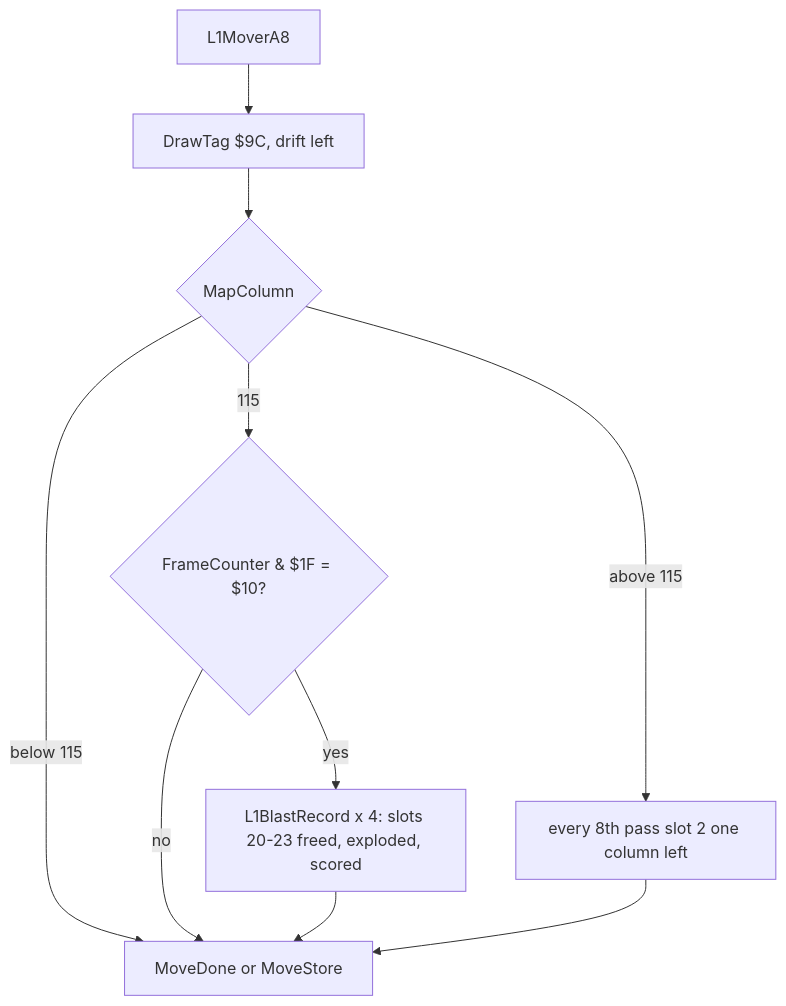
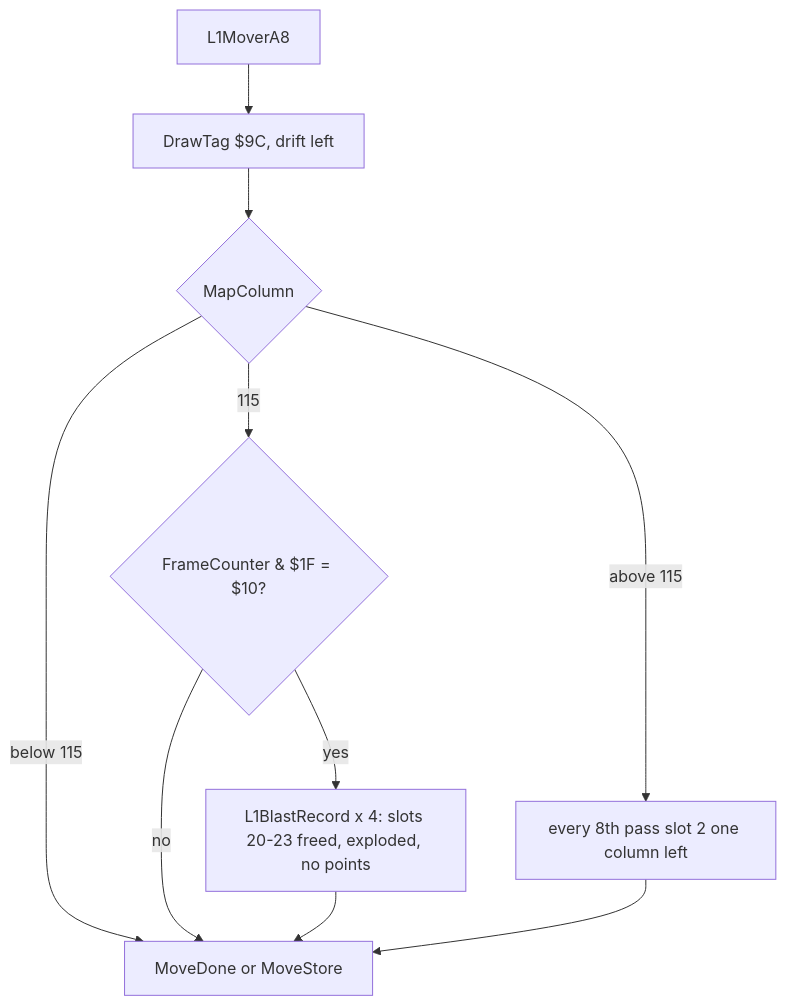
Before and after one commit to alfishe/unrealng-reverse-cases: the tenth of 14 diagrams in games/r-type/docs/07-objects.md, drawn with Mermaid. The commit also changed other lines of this file and 31 other files, not shown here.

````diff
--- a/games/r-type/docs/07-objects.md
+++ b/games/r-type/docs/07-objects.md
@@ -1223,12 +1228,12 @@
 ```mermaid
 flowchart TD
     A["L1MoverA8"] --> T["DrawTag $9C, drift left"]
     T --> M{"MapColumn"}
     M -- "below 115" --> E["MoveDone or MoveStore"]
     M -- "115" --> F{"FrameCounter & $1F = $10?"}
-    F -- "yes" --> B["L1BlastRecord x 4: slots 20-23 freed, exploded, scored"]
+    F -- "yes" --> B["L1BlastRecord x 4: slots 20-23 freed, exploded, no points"]
     F -- "no" --> E
     M -- "above 115" --> S["every 8th pass slot 2 one column left"]
     B --> E
     S --> E
 ```
````
